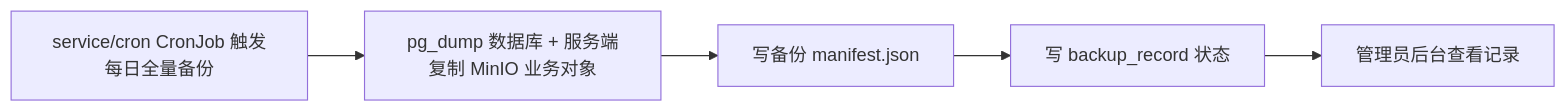
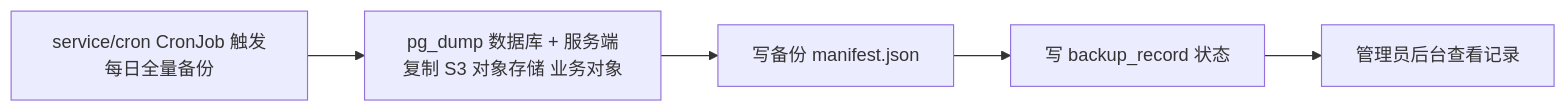
One commit to menghuishisan/CHAIMIR changed the seventh of 7 diagrams in docs/09-管理后台/04-业务流程与状态机.md. Above: the diagram before and after it, drawn with Mermaid. The commit also changed 117 other files, not shown here.

````diff
--- a/docs/09-管理后台/04-业务流程与状态机.md
+++ b/docs/09-管理后台/04-业务流程与状态机.md
@@ -101,7 +101,7 @@
 ```mermaid
 flowchart LR
-    A[service/cron CronJob 触发每日全量备份] --> B[pg_dump 数据库 + 服务端复制 MinIO 业务对象]
+    A[service/cron CronJob 触发每日全量备份] --> B[pg_dump 数据库 + 服务端复制 S3 对象存储 业务对象]
     B --> C[写备份 manifest.json]
     C --> D[写 backup_record 状态]
     D --> E[管理员后台查看记录]
 ```
````
